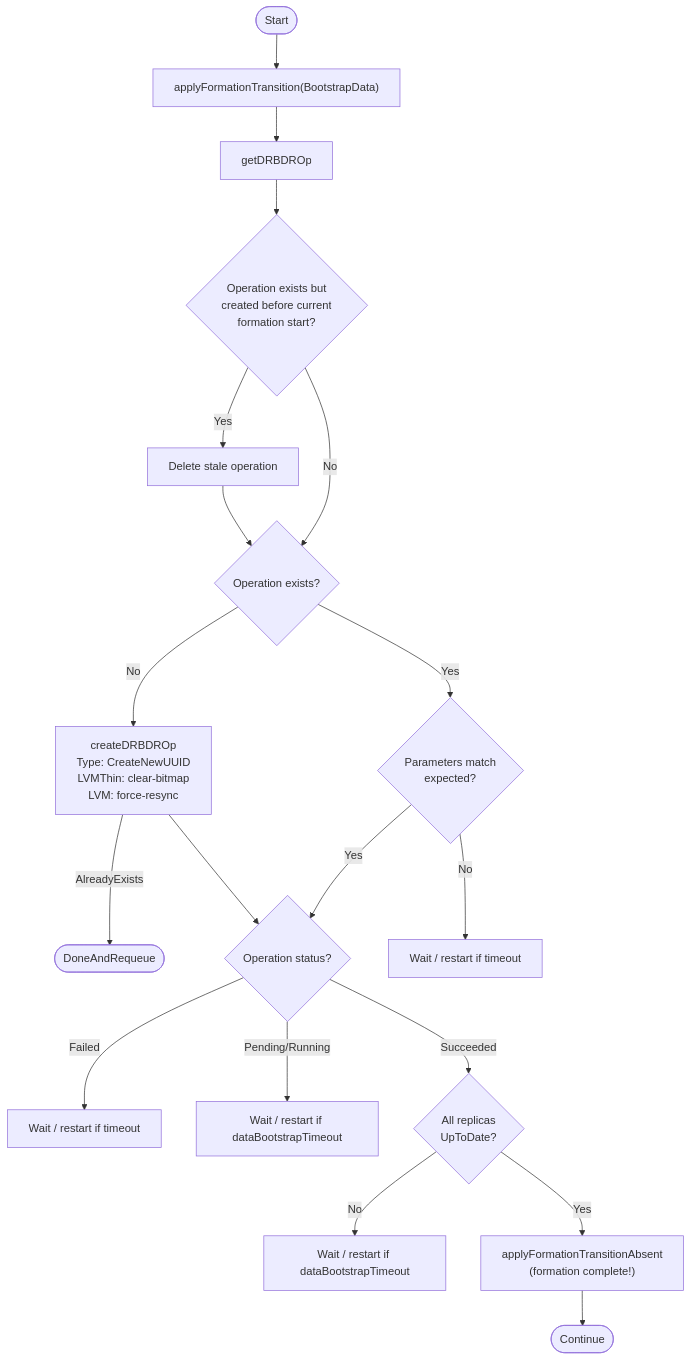
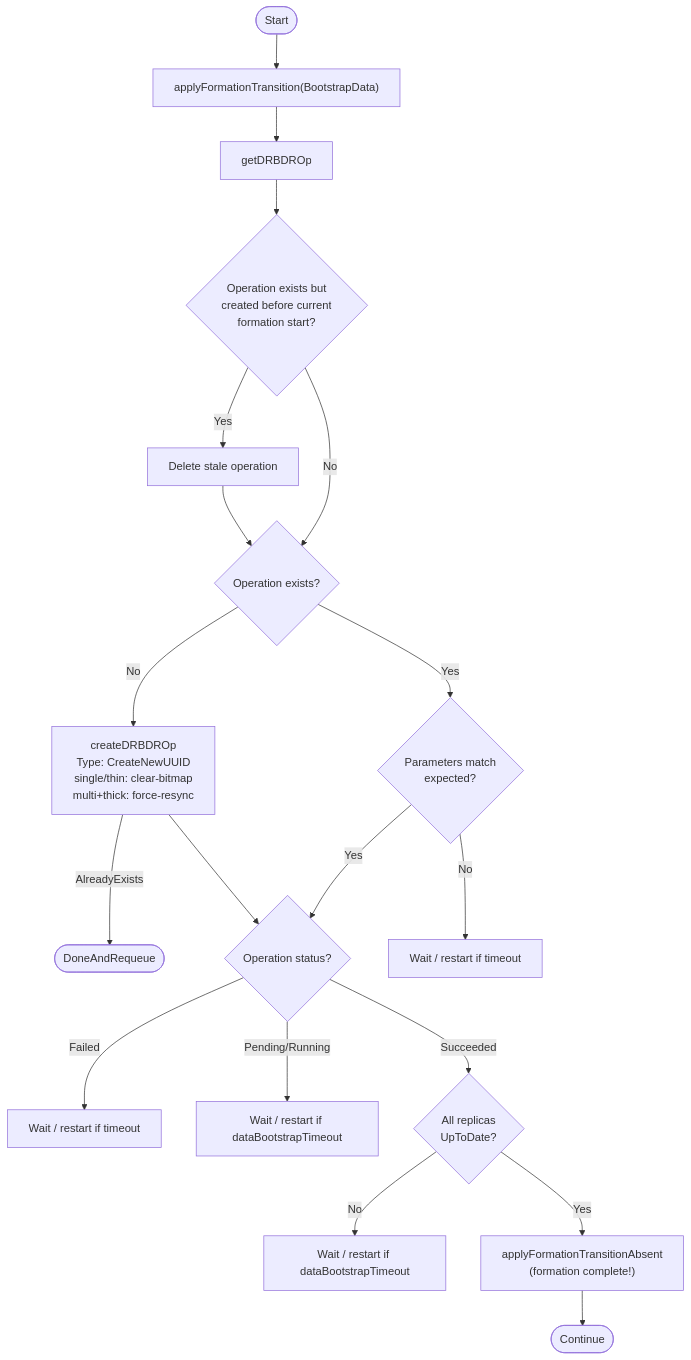
The seventh of 8 diagrams in images/controller/internal/controllers/rv_controller/README.md (deckhouse/sds-replicated-volume), drawn with Mermaid before and after one commit. The commit also changed other lines of this file and 3 other files, not shown here.

First line of the commit message:
[controller] Fix single-replica data bootstrap to use clear-bitmap

````diff
--- a/images/controller/internal/controllers/rv_controller/README.md
+++ b/images/controller/internal/controllers/rv_controller/README.md
@@ -470,26 +472,26 @@
 ```mermaid
 flowchart TD
     Start([Start]) --> ApplyTransition["applyFormationTransition(BootstrapData)"]
     ApplyTransition --> GetOp[getDRBDROp]
     GetOp --> CheckStale{"Operation exists but<br/>created before current<br/>formation start?"}
     CheckStale -->|Yes| DeleteStale[Delete stale operation]
     DeleteStale --> CheckExists
 
     CheckStale -->|No| CheckExists{Operation exists?}
-    CheckExists -->|No| CreateOp["createDRBDROp<br/>Type: CreateNewUUID<br/>LVMThin: clear-bitmap<br/>LVM: force-resync"]
+    CheckExists -->|No| CreateOp["createDRBDROp<br/>Type: CreateNewUUID<br/>single/thin: clear-bitmap<br/>multi+thick: force-resync"]
     CreateOp -->|AlreadyExists| Requeue([DoneAndRequeue])
     CreateOp --> CheckStatus
 
     CheckExists -->|Yes| VerifyParams{"Parameters match<br/>expected?"}
     VerifyParams -->|No| WaitRestart1[Wait / restart if timeout]
     VerifyParams -->|Yes| CheckStatus
 
     CheckStatus{"Operation status?"}
     CheckStatus -->|Failed| WaitRestart2[Wait / restart if timeout]
     CheckStatus -->|Pending/Running| WaitTimeout[Wait / restart if dataBootstrapTimeout]
     CheckStatus -->|Succeeded| CheckUpToDate{"All replicas<br/>UpToDate?"}
 
     CheckUpToDate -->|No| WaitSync[Wait / restart if dataBootstrapTimeout]
     CheckUpToDate -->|Yes| Complete["applyFormationTransitionAbsent<br/>(formation complete!)"]
     Complete --> End([Continue])
 ```
````
